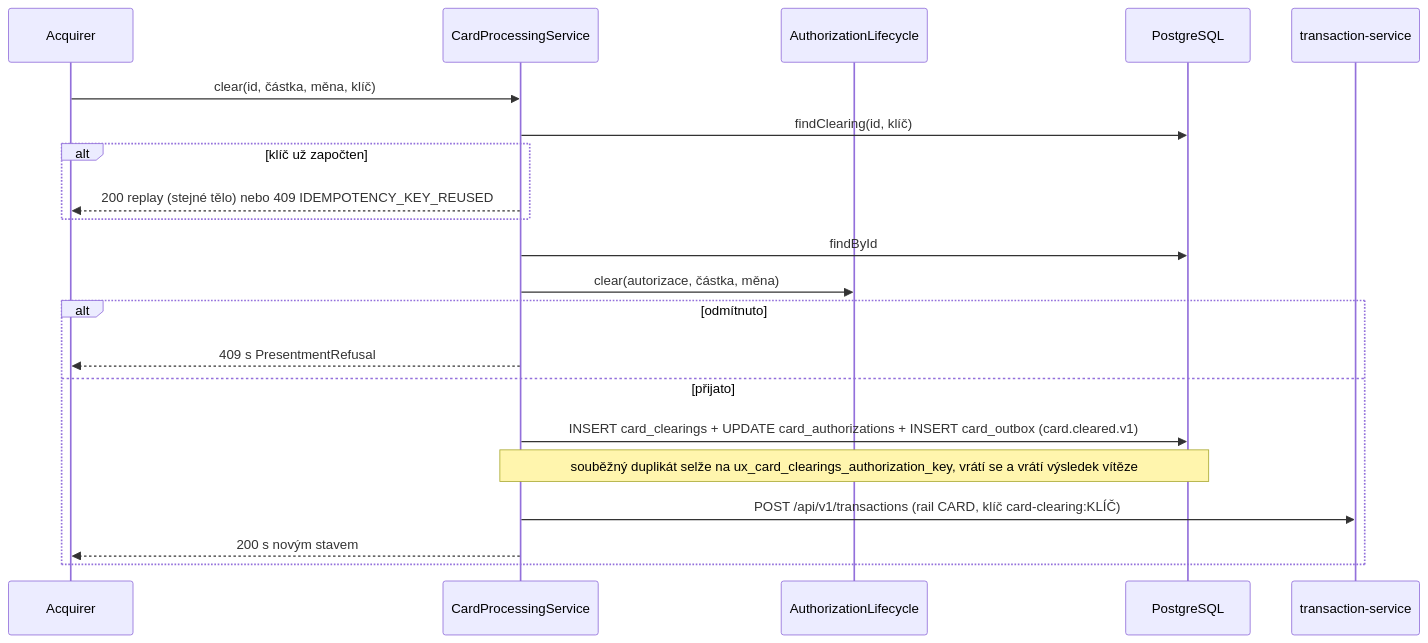
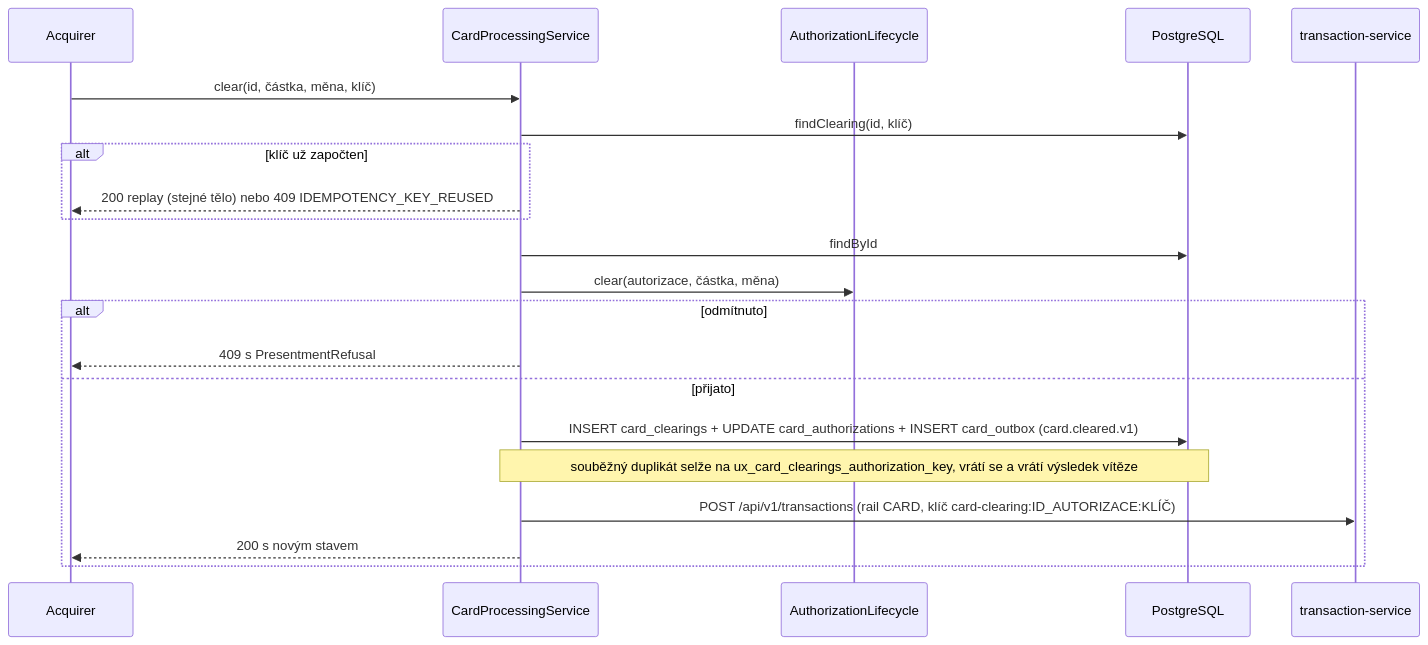
Before and after one commit to JiRaska/open-bank-oss: the fourth of 5 diagrams in openbank-card-processing-service/src/main/resources/docs/02-architecture.cs.md, drawn with Mermaid. The commit also changed other lines of this file and 22 other files, not shown here.

````diff
--- a/openbank-card-processing-service/src/main/resources/docs/02-architecture.cs.md
+++ b/openbank-card-processing-service/src/main/resources/docs/02-architecture.cs.md
@@ -123,24 +123,24 @@
 ```mermaid
 sequenceDiagram
   participant A as Acquirer
   participant S as CardProcessingService
   participant L as AuthorizationLifecycle
   participant DB as PostgreSQL
   participant T as transaction-service
 
   A->>S: clear(id, částka, měna, klíč)
   S->>DB: findClearing(id, klíč)
   alt klíč už započten
     S-->>A: 200 replay (stejné tělo) nebo 409 IDEMPOTENCY_KEY_REUSED
   end
   S->>DB: findById
   S->>L: clear(autorizace, částka, měna)
   alt odmítnuto
     S-->>A: 409 s PresentmentRefusal
   else přijato
     S->>DB: INSERT card_clearings + UPDATE card_authorizations + INSERT card_outbox (card.cleared.v1)
     Note over S,DB: souběžný duplikát selže na ux_card_clearings_authorization_key, vrátí se a vrátí výsledek vítěze
-    S->>T: POST /api/v1/transactions (rail CARD, klíč card-clearing:KLÍČ)
+    S->>T: POST /api/v1/transactions (rail CARD, klíč card-clearing:ID_AUTORIZACE:KLÍČ)
     S-->>A: 200 s novým stavem
   end
 ```
````
